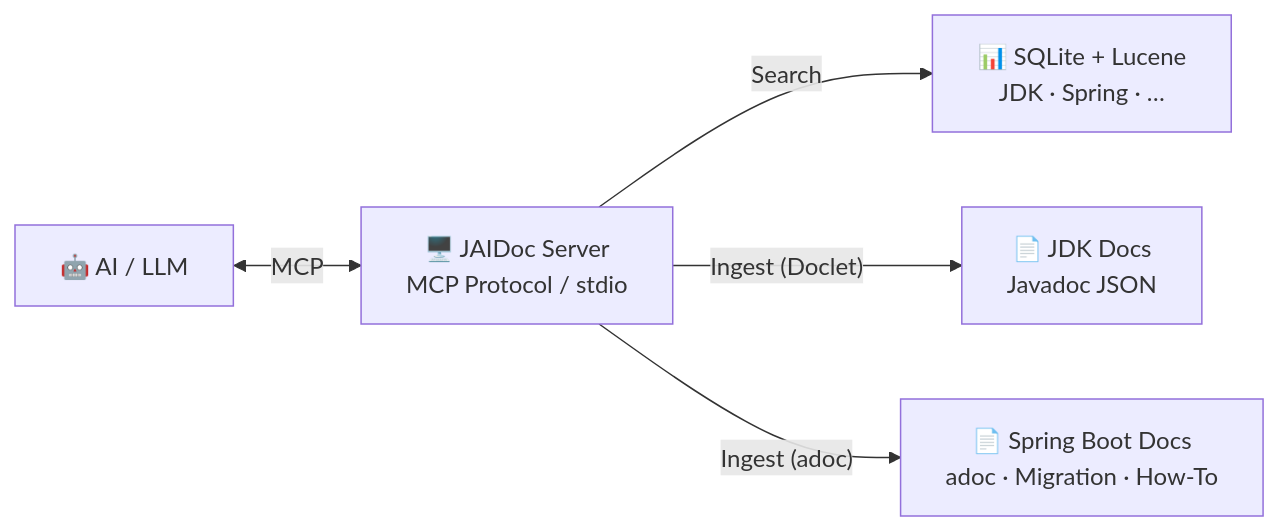
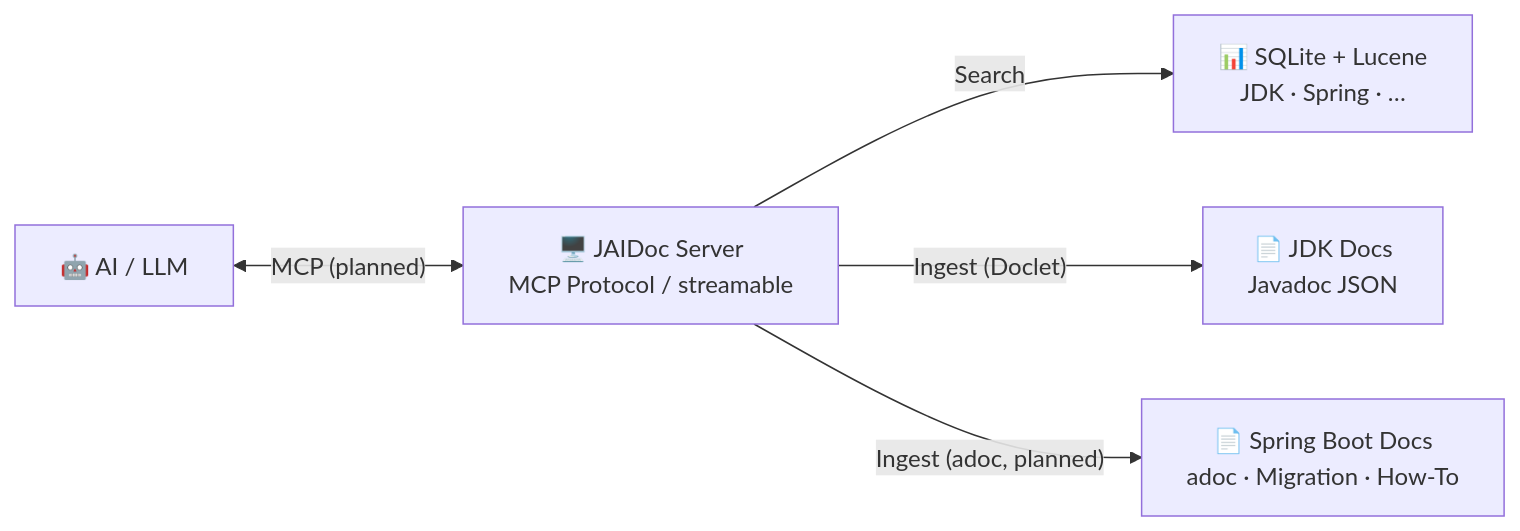
One commit to PurrBytesCode/JAIDoc changed the diagram in README.md. Above: the diagram before and after it, drawn with Mermaid. The commit also changed other lines of this file and 12 other files, not shown here.

````diff
--- a/README.md
+++ b/README.md
@@ -131,12 +136,12 @@
 ```mermaid
 graph LR
     ai["🤖 AI / LLM"]
-    server["🖥️ JAIDoc Server<br/>MCP Protocol / stdio"]
+    server["🖥️ JAIDoc Server<br/>MCP Protocol / streamable"]
     db["📊 SQLite + Lucene<br/>JDK · Spring · …"]
     jdkdocs["📄 JDK Docs<br/>Javadoc JSON"]
     sbdocs["📄 Spring Boot Docs<br/>adoc · Migration · How-To"]
-    ai <-->|" MCP "| server
+    ai <-->|" MCP (planned) "| server
     server -->|" Search "| db
     server -->|" Ingest (Doclet) "| jdkdocs
-    server -->|" Ingest (adoc) "| sbdocs
+    server -->|" Ingest (adoc, planned) "| sbdocs
 ```
````
